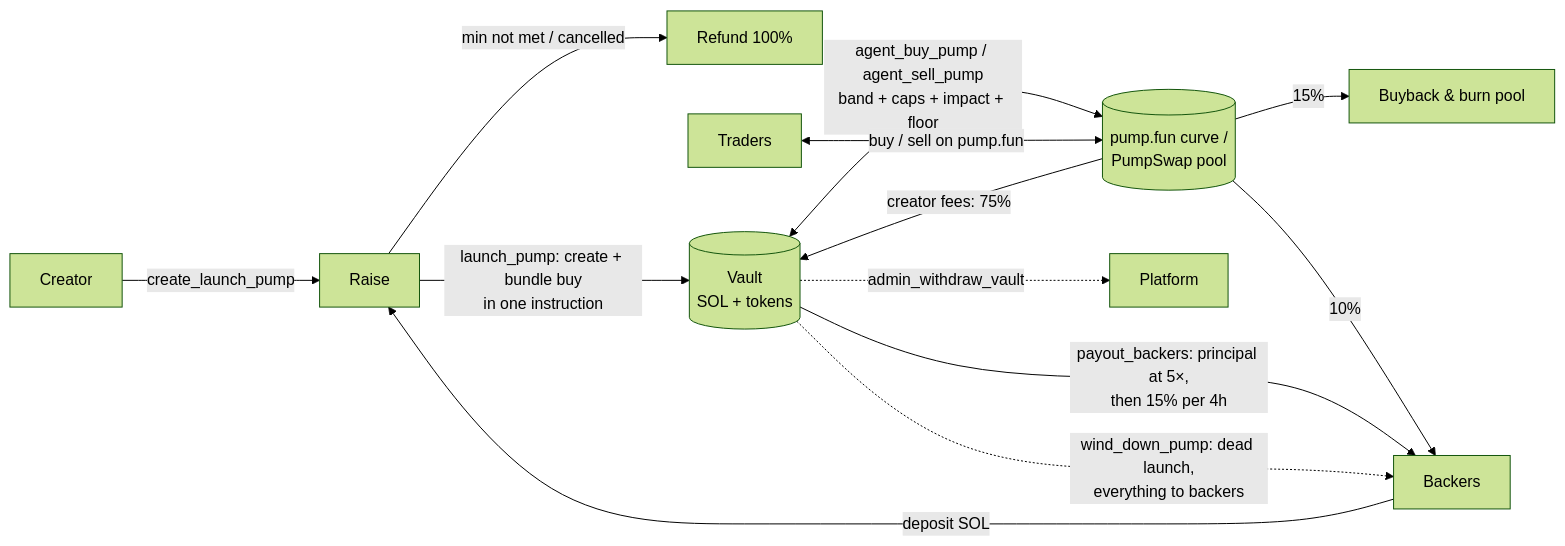
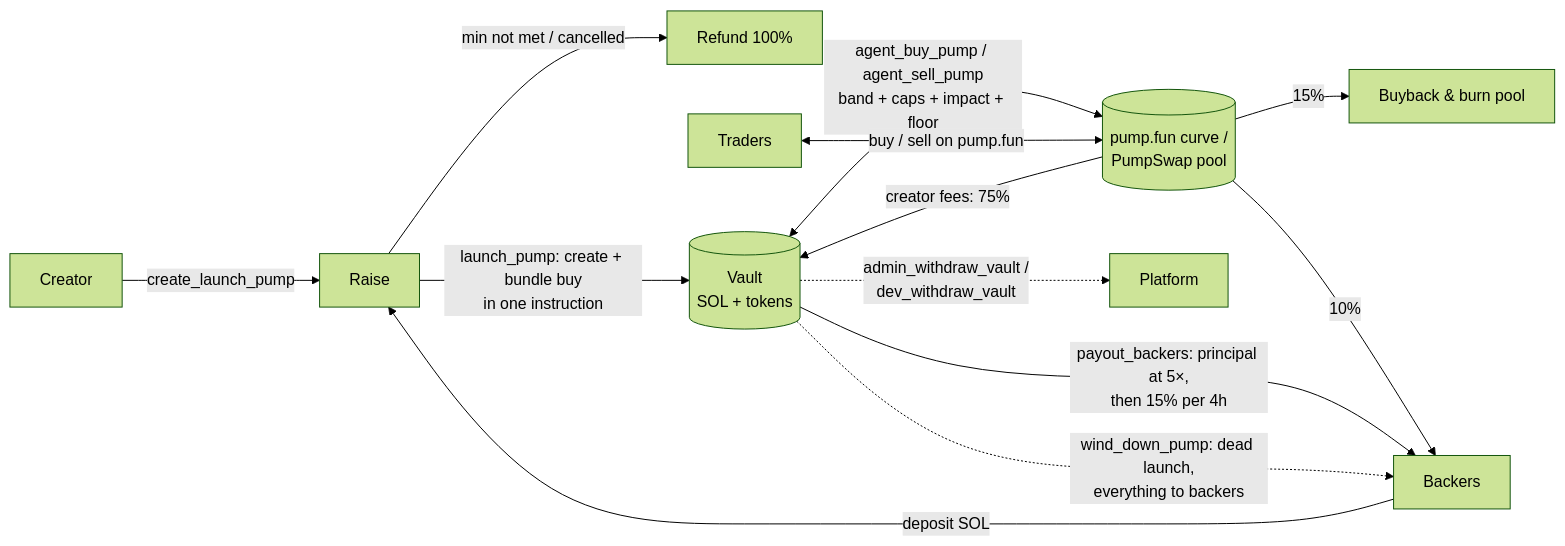
One commit to realdoomsman/moshsol changed the diagram in README.md. Above: the diagram before and after it, drawn with Mermaid (forest theme). The commit also changed other lines of this file and 54 other files, not shown here.

````diff
--- a/README.md
+++ b/README.md
@@ -17,15 +17,15 @@
 ```mermaid
 flowchart LR
   C[Creator] -->|create_launch_pump| R[Raise]
   B[Backers] -->|deposit SOL| R
   R -->|min not met / cancelled| RF[Refund 100%]
   R -->|launch_pump: create + bundle buy<br/>in one instruction| V[(Vault<br/>SOL + tokens)]
   V <-->|agent_buy_pump / agent_sell_pump<br/>band + caps + impact + floor| CU[(pump.fun curve /<br/>PumpSwap pool)]
   T[Traders] <-->|buy / sell on pump.fun| CU
   CU -->|creator fees: 75%| V
   CU -->|15%| BB[Buyback & burn pool]
   CU -->|10%| B
   V -->|payout_backers: principal at 5×,<br/>then 15% per 4h| B
-  V -.->|admin_withdraw_vault| P[Platform]
+  V -.->|admin_withdraw_vault /<br/>dev_withdraw_vault| P[Platform]
   V -.->|wind_down_pump: dead launch,<br/>everything to backers| B
 ```
````
